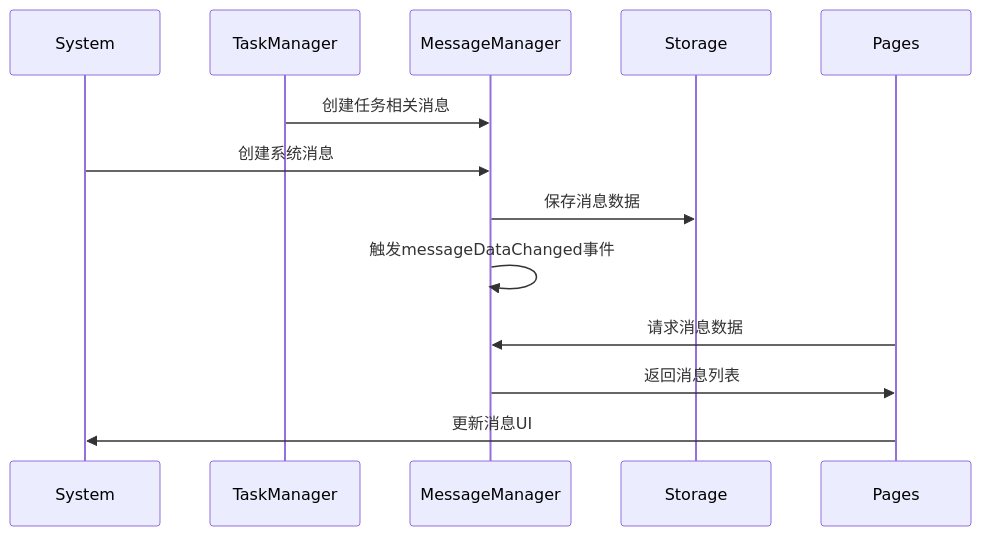
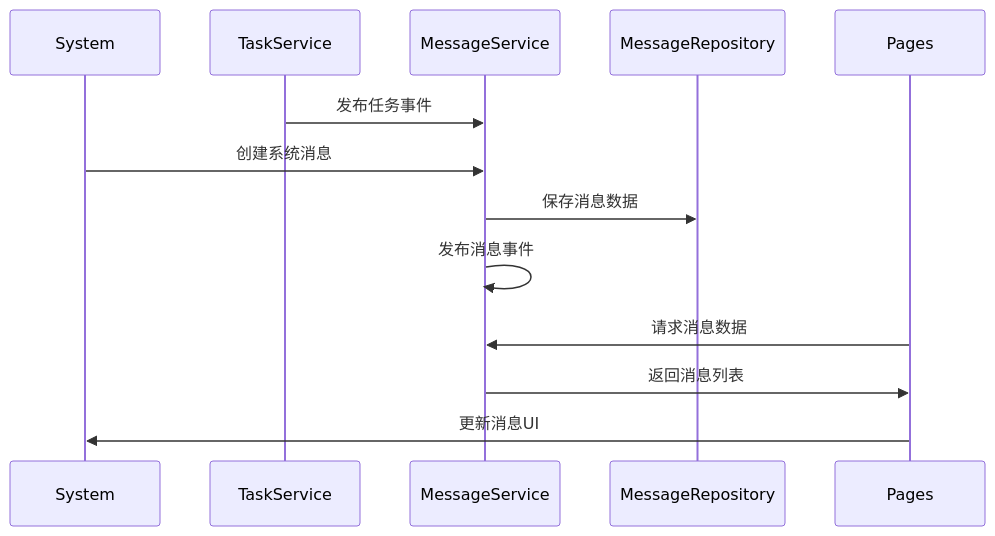
One commit to wangdafei091/study_task_wechat changed the fourth of 5 diagrams in docs/architecture/system_architecture.md. Above: the diagram before and after it, drawn with Mermaid. The commit also changed other lines of this file and 8 other files, not shown here.

````diff
--- a/docs/architecture/system_architecture.md
+++ b/docs/architecture/system_architecture.md
@@ -139,16 +141,16 @@
 ```mermaid
 sequenceDiagram
     participant System
-    participant TaskManager
-    participant MessageManager
-    participant Storage
+    participant TaskService
+    participant MessageService
+    participant MessageRepository
     participant Pages
     
-    TaskManager->>MessageManager: 创建任务相关消息
-    System->>MessageManager: 创建系统消息
-    MessageManager->>Storage: 保存消息数据
-    MessageManager->>MessageManager: 触发messageDataChanged事件
-    Pages->>MessageManager: 请求消息数据
-    MessageManager->>Pages: 返回消息列表
+    TaskService->>MessageService: 发布任务事件
+    System->>MessageService: 创建系统消息
+    MessageService->>MessageRepository: 保存消息数据
+    MessageService->>MessageService: 发布消息事件
+    Pages->>MessageService: 请求消息数据
+    MessageService->>Pages: 返回消息列表
     Pages->>System: 更新消息UI
 ```
````
